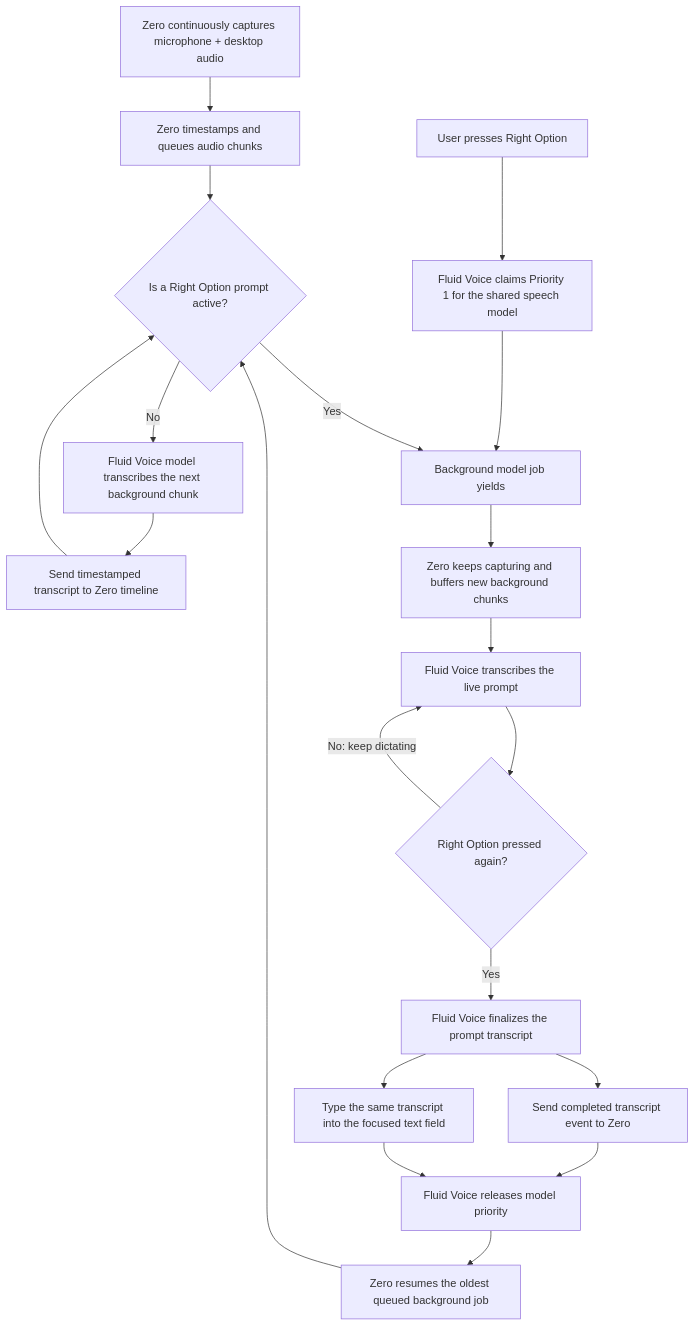
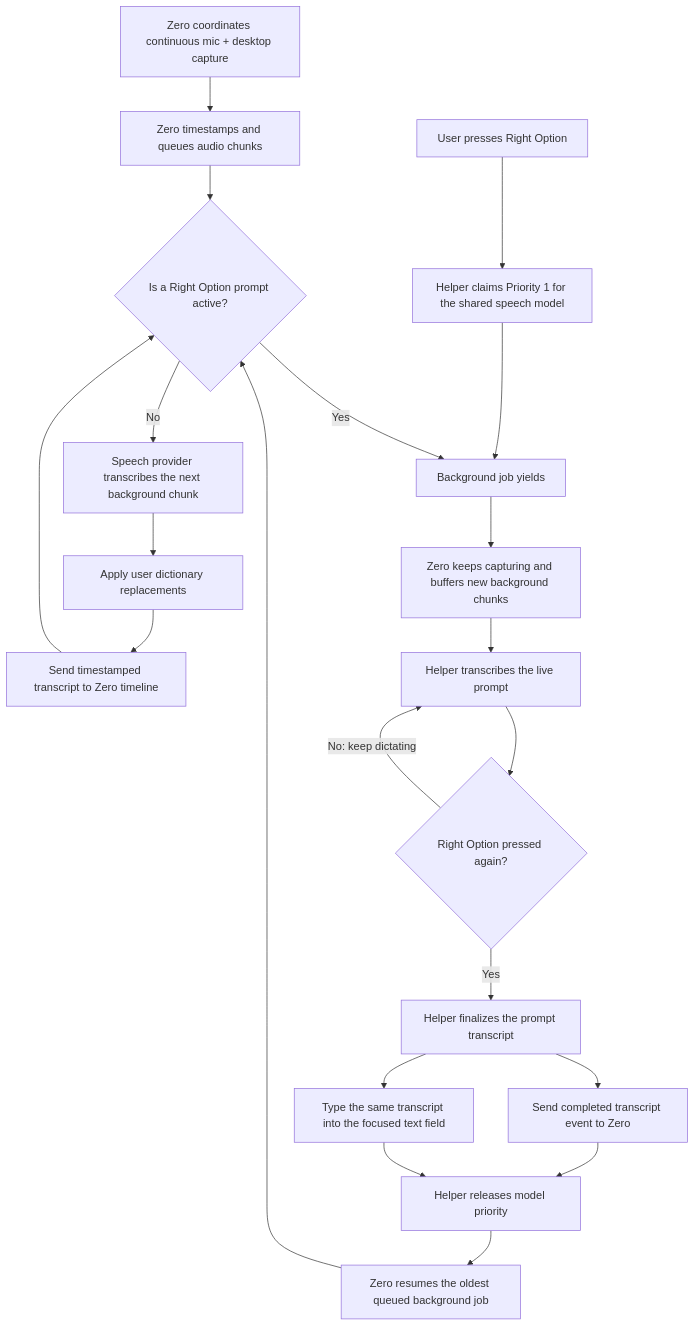
The diagram in docs/transcription-architecture.md (SOURCE-Platform/0), drawn with Mermaid before and after one commit. The commit also changed other lines of this file and 59 other files, not shown here.

Commit message:
Add bundled dictation helper foundation, speech provider abstraction, and custom dictionary

````diff
--- a/docs/transcription-architecture.md
+++ b/docs/transcription-architecture.md
@@ -11,35 +16,36 @@
 ```mermaid
 flowchart TD
-    capture["Zero continuously captures microphone + desktop audio"]
+    capture["Zero coordinates continuous mic + desktop capture"]
     queue["Zero timestamps and queues audio chunks"]
     active{"Is a Right Option prompt active?"}
 
-    background["Fluid Voice model transcribes the next background chunk"]
+    background["Speech provider transcribes the next background chunk"]
+    dictionary["Apply user dictionary replacements"]
     backgroundResult["Send timestamped transcript to Zero timeline"]
 
     trigger["User presses Right Option"]
-    priority["Fluid Voice claims Priority 1 for the shared speech model"]
-    yield["Background model job yields"]
+    priority["Helper claims Priority 1 for the shared speech model"]
+    yield["Background job yields"]
     buffer["Zero keeps capturing and buffers new background chunks"]
-    live["Fluid Voice transcribes the live prompt"]
+    live["Helper transcribes the live prompt"]
     finish{"Right Option pressed again?"}
-    finalize["Fluid Voice finalizes the prompt transcript"]
+    finalize["Helper finalizes the prompt transcript"]
     zero["Send completed transcript event to Zero"]
     field["Type the same transcript into the focused text field"]
-    release["Fluid Voice releases model priority"]
+    release["Helper releases model priority"]
     resume["Zero resumes the oldest queued background job"]
 
     capture --> queue --> active
-    active -- "No" --> background --> backgroundResult --> active
+    active -- "No" --> background --> dictionary --> backgroundResult --> active
 
     trigger --> priority --> yield
     active -- "Yes" --> yield
     yield --> buffer --> live --> finish
     finish -- "No: keep dictating" --> live
     finish -- "Yes" --> finalize
     finalize --> zero
     finalize --> field
     zero --> release
     field --> release
     release --> resume --> active
 ```
````
